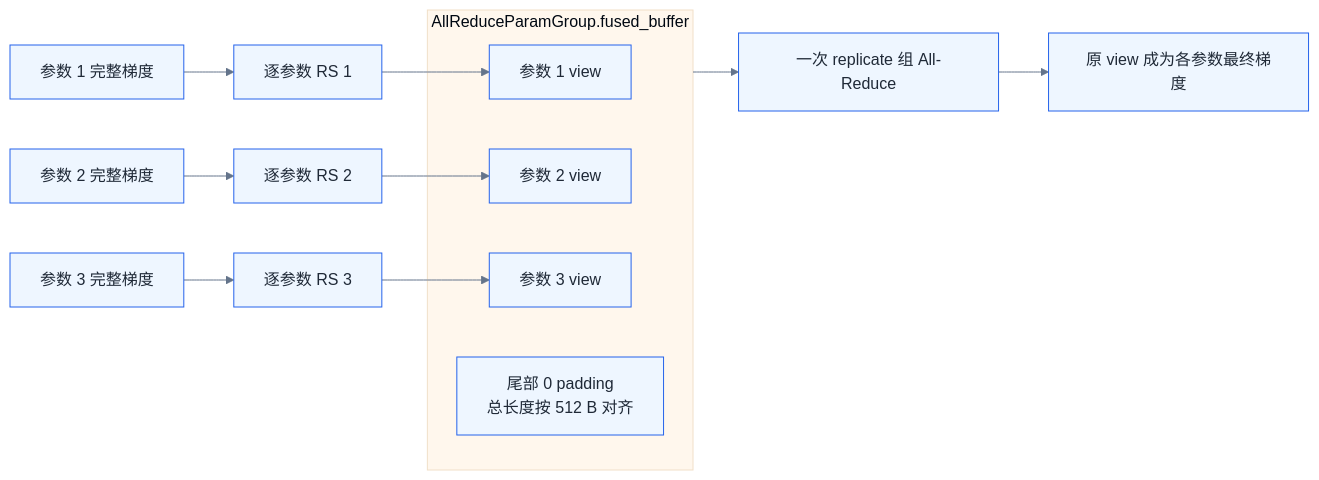
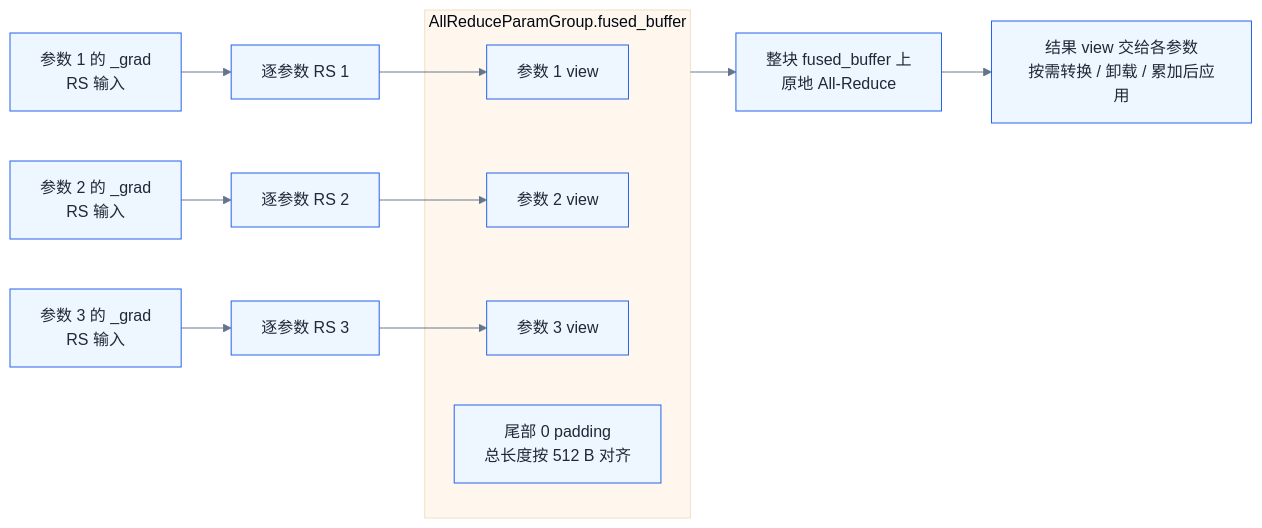
One commit to husichao666/AI_learning_notebook changed the diagram in docs/training/parallelism/02-hyper-fsdp.md. Above: the diagram before and after it, drawn with Mermaid. The commit also changed other lines of this file and 47 other files, not shown here.

````diff
--- a/docs/training/parallelism/02-hyper-fsdp.md
+++ b/docs/training/parallelism/02-hyper-fsdp.md
@@ -175,20 +175,20 @@
 ```mermaid
 %%{init: {"theme": "base", "themeVariables": {"background": "#ffffff", "primaryColor": "#eef6ff", "primaryTextColor": "#1f2937", "primaryBorderColor": "#2563eb", "secondaryColor": "#f0fdf4", "tertiaryColor": "#fff7ed", "lineColor": "#64748b"}}}%%
 flowchart LR
-    G1["参数 1 完整梯度"] --> RS1["逐参数 RS 1"]
-    G2["参数 2 完整梯度"] --> RS2["逐参数 RS 2"]
-    G3["参数 3 完整梯度"] --> RS3["逐参数 RS 3"]
+    G1["参数 1 的 _grad<br/>RS 输入"] --> RS1["逐参数 RS 1"]
+    G2["参数 2 的 _grad<br/>RS 输入"] --> RS2["逐参数 RS 2"]
+    G3["参数 3 的 _grad<br/>RS 输入"] --> RS3["逐参数 RS 3"]
 
     subgraph B["AllReduceParamGroup.fused_buffer"]
         V1["参数 1 view"]
         V2["参数 2 view"]
         V3["参数 3 view"]
         PAD["尾部 0 padding<br/>总长度按 512 B 对齐"]
     end
 
     RS1 --> V1
     RS2 --> V2
     RS3 --> V3
-    B --> AR["一次 replicate 组 All-Reduce"]
-    AR --> OUT["原 view 成为各参数最终梯度"]
+    B --> AR["整块 fused_buffer 上<br/>原地 All-Reduce"]
+    AR --> OUT["结果 view 交给各参数<br/>按需转换 / 卸载 / 累加后应用"]
 ```
````
